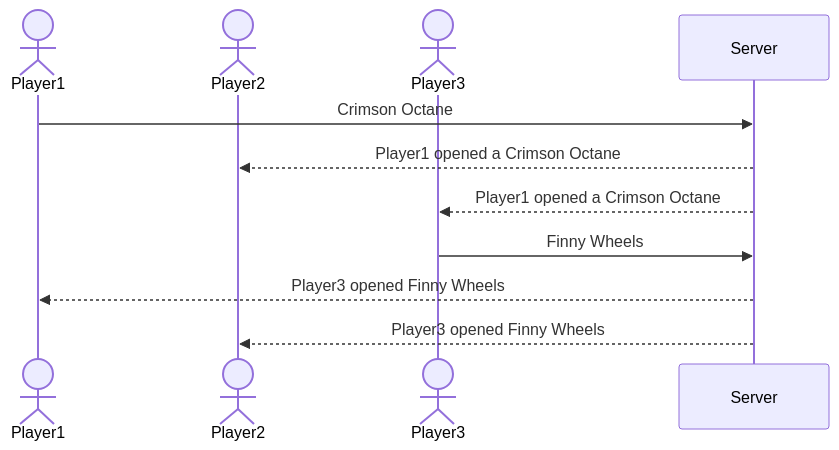
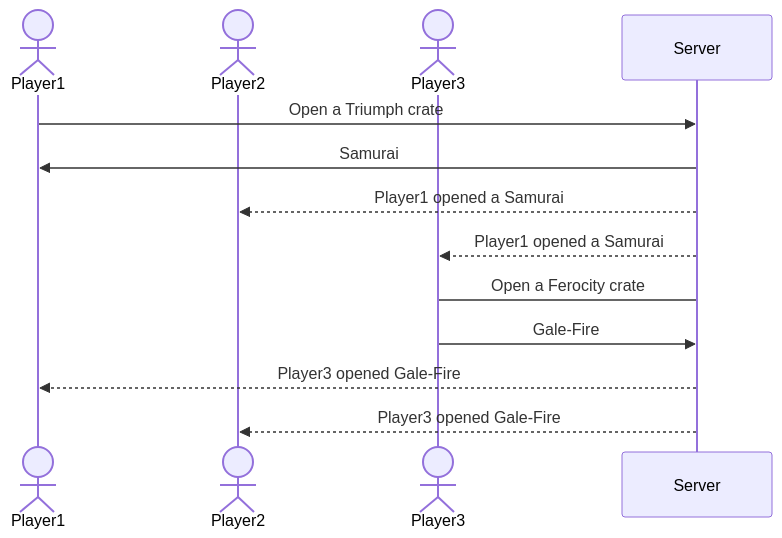
The diagram in README.md (tbjimmer/startup), drawn with Mermaid before and after one commit. The commit also changed other lines of this file, not shown here.

Commit message:
mermaid diagram

````diff
--- a/README.md
+++ b/README.md
@@ -37,13 +37,14 @@
 ```mermaid
     sequenceDiagram
     actor Player1
     actor Player2
     actor Player3
-    Player1->>Server: Crimson Octane
-    Server -->>Player2: Player1 opened a Crimson Octane
-    Server -->>Player3: Player1 opened a Crimson Octane
-    Player3->>Server: Finny Wheels
-    Server -->>Player1: Player3 opened Finny Wheels
-    Server -->>Player2: Player3 opened Finny Wheels
-
+    Player1->>Server: Open a Triumph crate
+    Server->>Player1: Samurai
+    Server -->>Player2: Player1 opened a Samurai
+    Server -->>Player3: Player1 opened a Samurai
+    Player3->Server: Open a Ferocity crate
+    Player3->>Server: Gale-Fire
+    Server -->>Player1: Player3 opened Gale-Fire
+    Server -->>Player2: Player3 opened Gale-Fire
 ```
````
